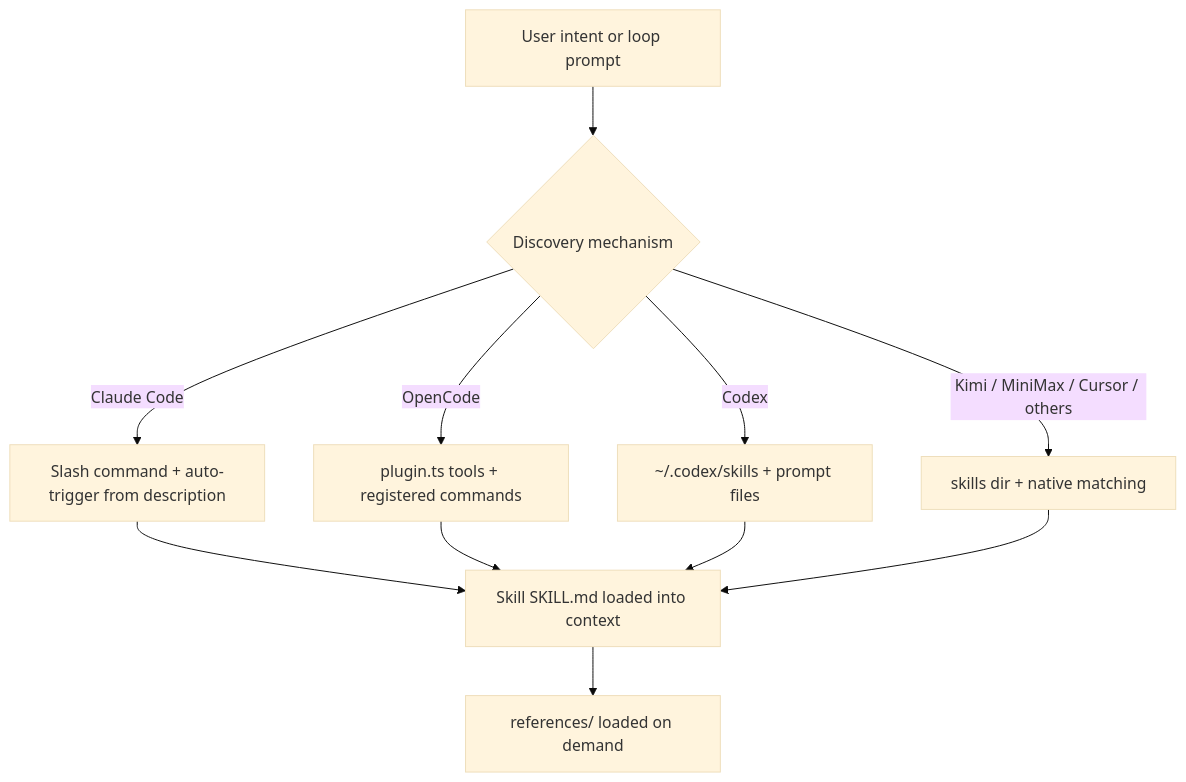
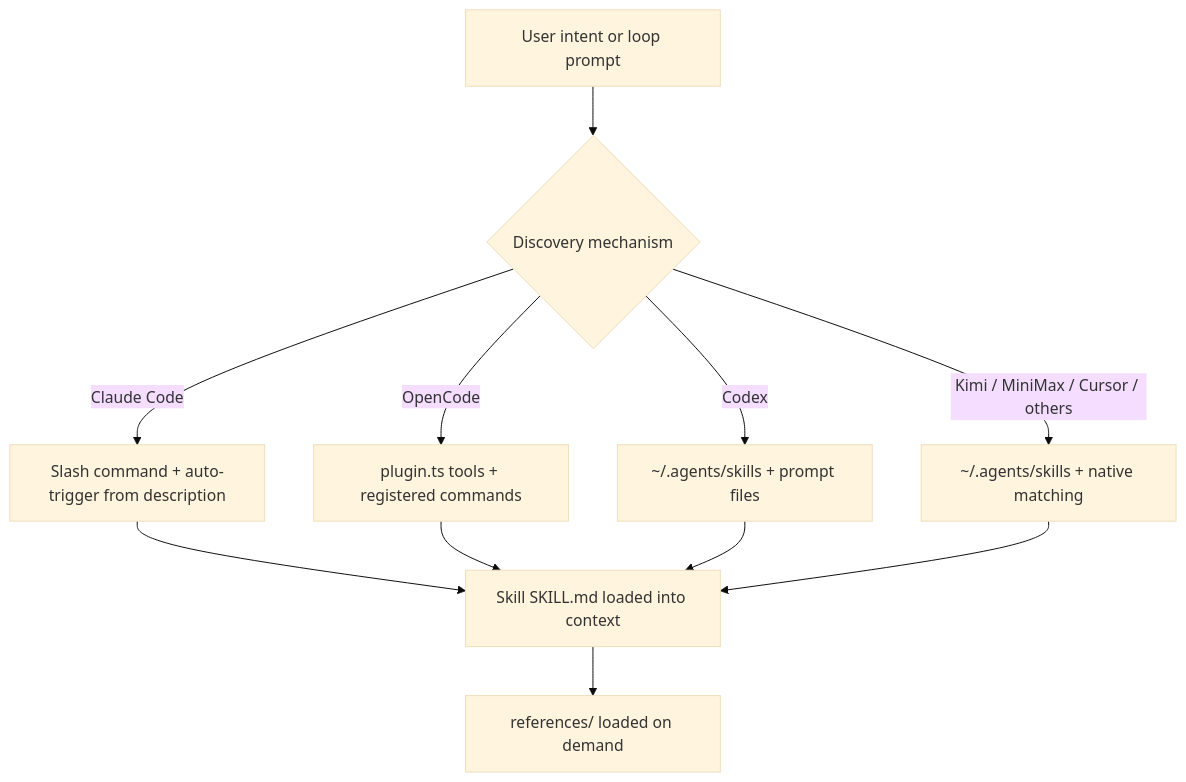
One commit to Prometheus-AGS/prometheus-skill-system changed the diagram in docs/guide/08-skills-overview.md. Above: the diagram before and after it, drawn with Mermaid (base theme). The commit also changed 216 other files, not shown here.

````diff
--- a/docs/guide/08-skills-overview.md
+++ b/docs/guide/08-skills-overview.md
@@ -39,10 +39,10 @@
 ```mermaid
 graph TD
     A[User intent or loop prompt] --> B{Discovery mechanism}
     B -->|Claude Code| C[Slash command + auto-trigger from description]
     B -->|OpenCode| D[plugin.ts tools + registered commands]
-    B -->|Codex| E[~/.codex/skills + prompt files]
-    B -->|Kimi / MiniMax / Cursor / others| F[skills dir + native matching]
+    B -->|Codex| E[~/.agents/skills + prompt files]
+    B -->|Kimi / MiniMax / Cursor / others| F[~/.agents/skills + native matching]
     C & D & E & F --> G[Skill SKILL.md loaded into context]
     G --> H[references/ loaded on demand]
 ```
````
